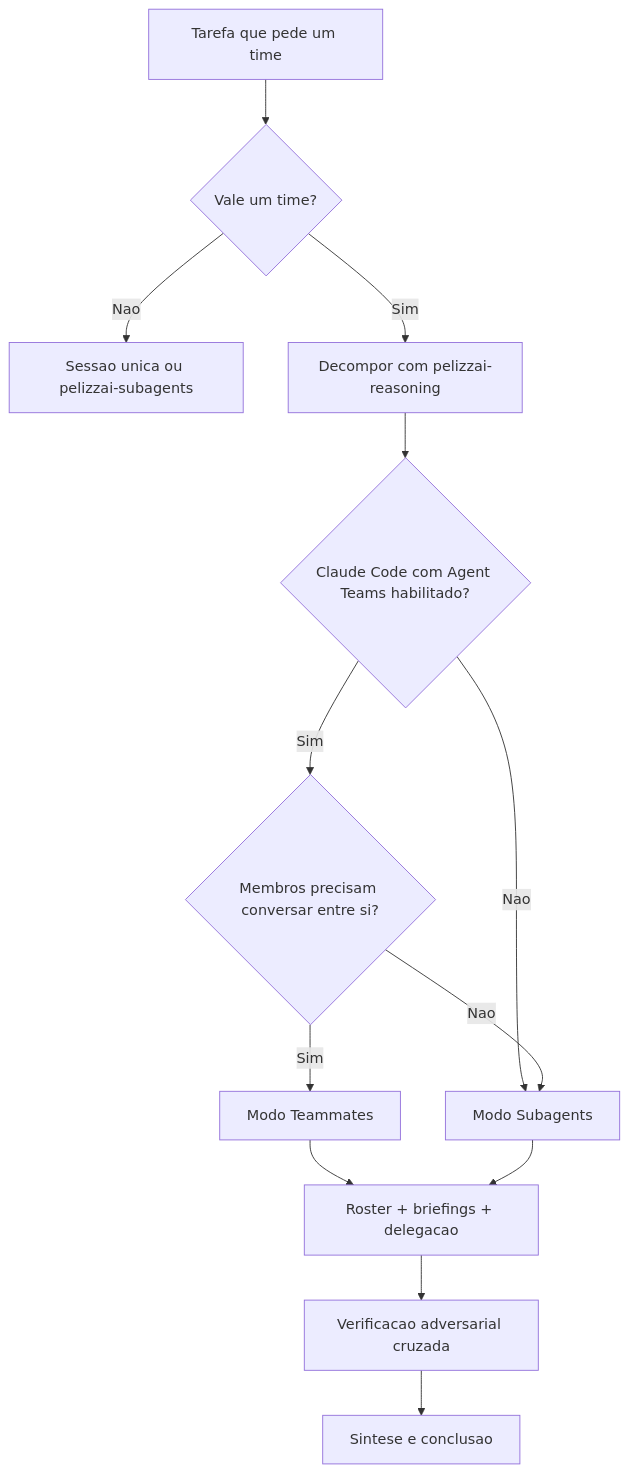
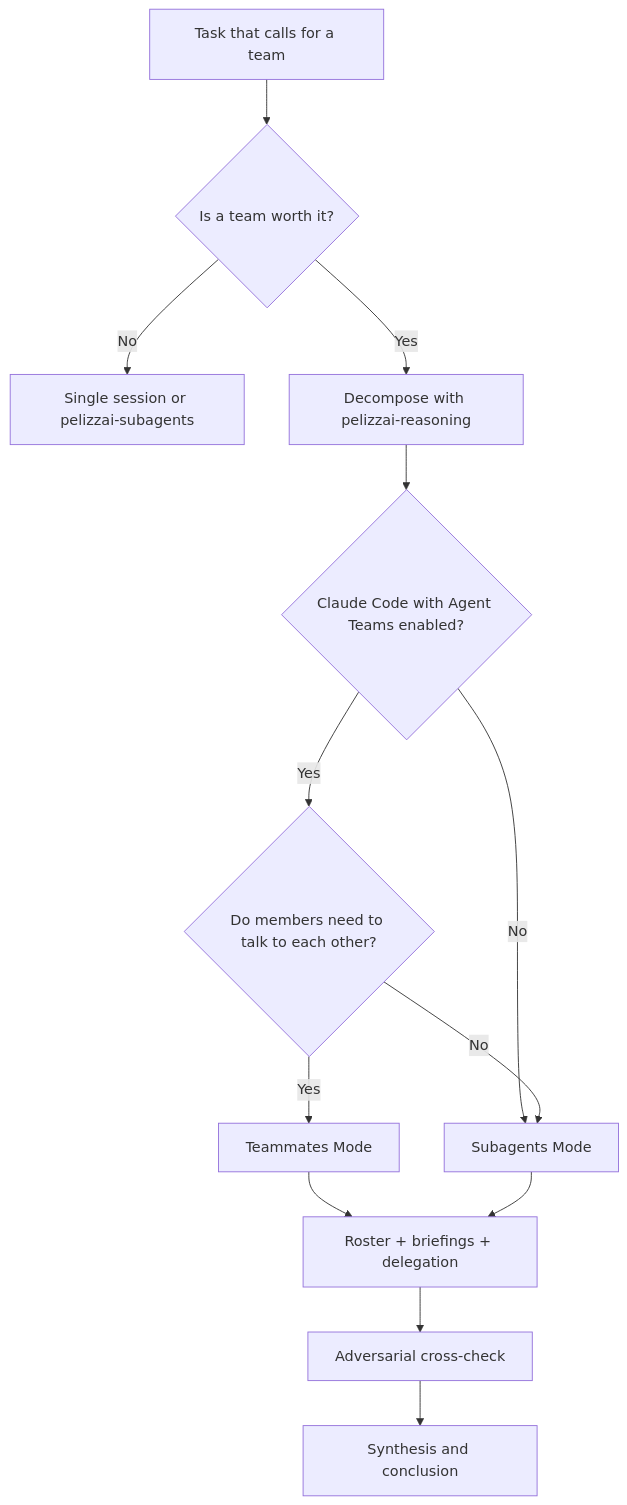
One commit to rpelizza/PelizzAI changed the diagram in dist/.claude/skills/pelizzai-team/SKILL.md. Above: the diagram before and after it, drawn with Mermaid. The commit also changed other lines of this file and 362 other files, not shown here.

````diff
--- a/dist/.claude/skills/pelizzai-team/SKILL.md
+++ b/dist/.claude/skills/pelizzai-team/SKILL.md
@@ -126,15 +126,15 @@
 ```mermaid
 flowchart TD
-    A[Tarefa que pede um time] --> B{Vale um time?}
-    B -- Nao --> Z[Sessao unica ou pelizzai-subagents]
-    B -- Sim --> C[Decompor com pelizzai-reasoning]
-    C --> D{Claude Code com Agent Teams habilitado?}
-    D -- Nao --> S[Modo Subagents]
-    D -- Sim --> E{Membros precisam conversar entre si?}
-    E -- Sim --> T[Modo Teammates]
-    E -- Nao --> S
-    T --> R[Roster + briefings + delegacao]
+    A[Task that calls for a team] --> B{Is a team worth it?}
+    B -- No --> Z[Single session or pelizzai-subagents]
+    B -- Yes --> C[Decompose with pelizzai-reasoning]
+    C --> D{Claude Code with Agent Teams enabled?}
+    D -- No --> S[Subagents Mode]
+    D -- Yes --> E{Do members need to talk to each other?}
+    E -- Yes --> T[Teammates Mode]
+    E -- No --> S
+    T --> R[Roster + briefings + delegation]
     S --> R
-    R --> V[Verificacao adversarial cruzada]
-    V --> Y[Sintese e conclusao]
+    R --> V[Adversarial cross-check]
+    V --> Y[Synthesis and conclusion]
 ```
````
